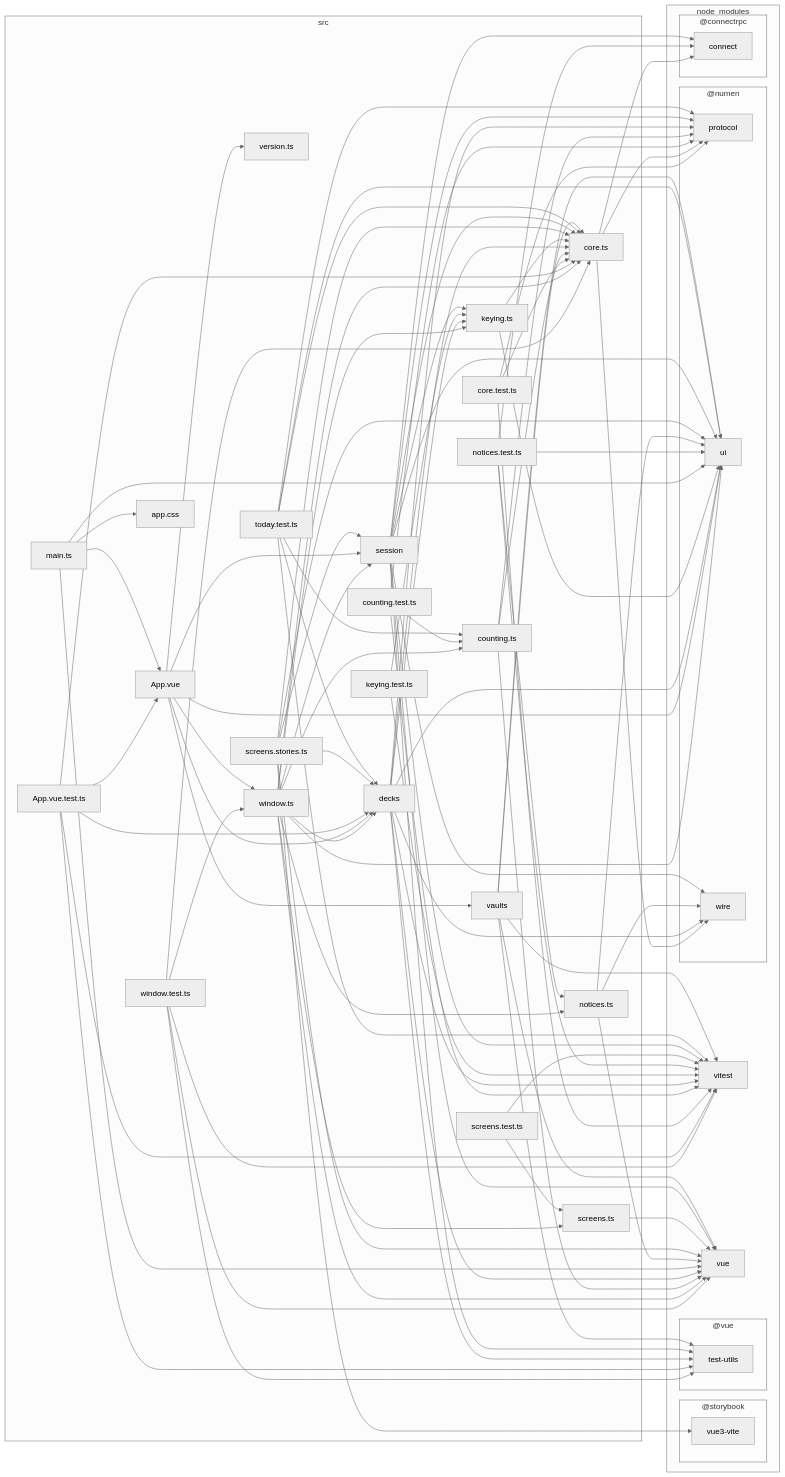
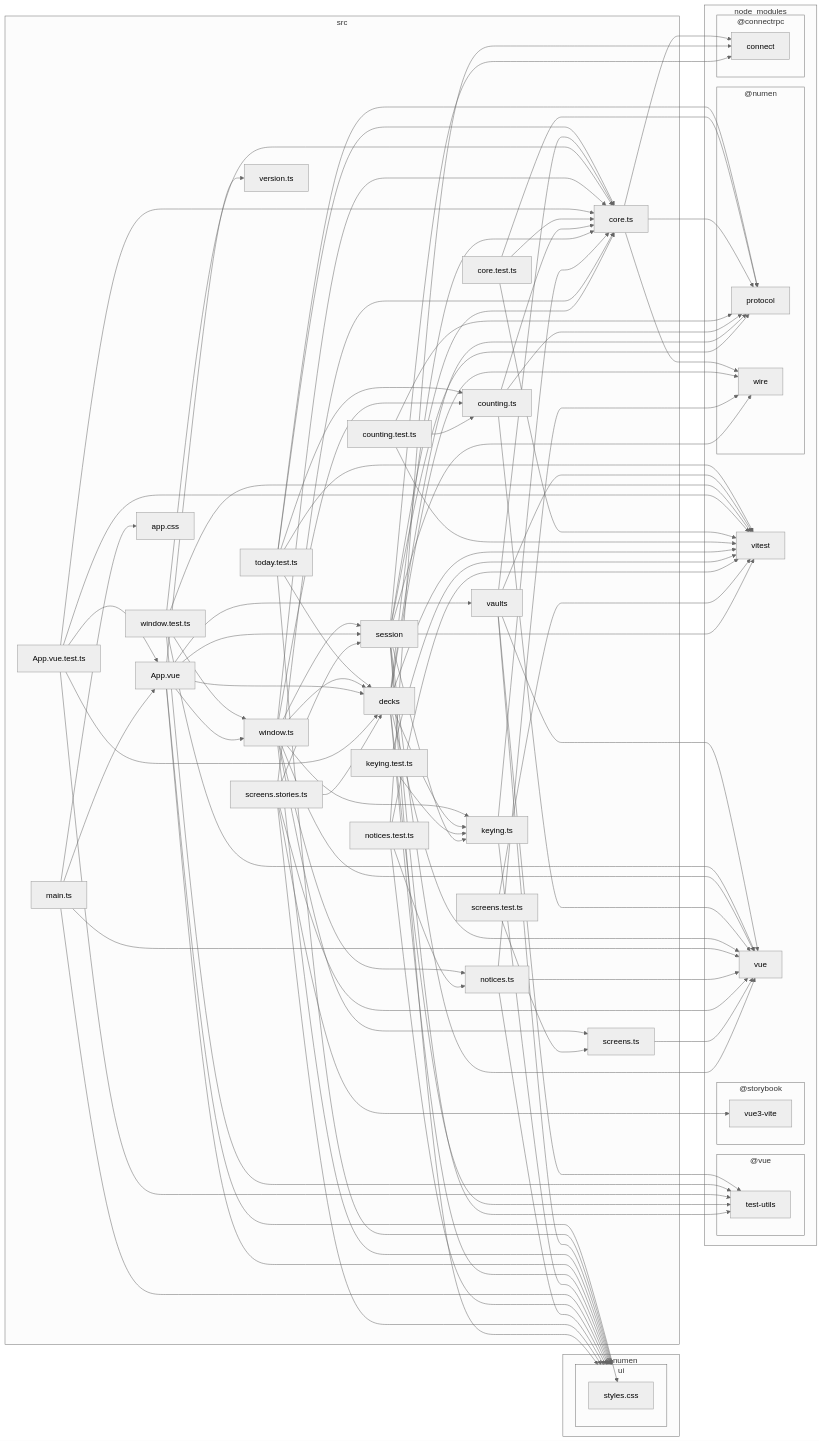
Before and after one commit to jiva-studio/numen: the fourth of 5 diagrams in docs/dependencies.md, drawn with Mermaid (neutral theme). The commit also changed other lines of this file, not shown here.

````diff
--- a/docs/dependencies.md
+++ b/docs/dependencies.md
@@ -786,129 +793,134 @@
 end
 subgraph 6["@numen"]
 7["protocol"]
-8["ui"]
-9["wire"]
+8["wire"]
 end
-subgraph A["@storybook"]
-B["vue3-vite"]
+subgraph 9["@storybook"]
+A["vue3-vite"]
 end
-subgraph C["@vue"]
-D["test-utils"]
+subgraph B["@vue"]
+C["test-utils"]
 end
-E["vitest"]
-F["vue"]
+D["vitest"]
+E["vue"]
 end
-subgraph G["src"]
-H["App.vue"]
-I["App.vue.test.ts"]
-J["app.css"]
-K["core.test.ts"]
-L["core.ts"]
-M["counting.test.ts"]
-N["counting.ts"]
-O["decks"]
-P["keying.test.ts"]
-Q["keying.ts"]
-R["main.ts"]
-S["notices.test.ts"]
-T["notices.ts"]
-U["screens.stories.ts"]
-V["screens.test.ts"]
-W["screens.ts"]
-X["session"]
-Y["today.test.ts"]
-Z["vaults"]
-10["version.ts"]
-11["window.test.ts"]
-12["window.ts"]
+subgraph F["@numen"]
+subgraph G["ui"]
+H["styles.css"]
 end
-11-->12
+end
+subgraph I["src"]
+J["App.vue"]
+K["App.vue.test.ts"]
+L["app.css"]
+M["core.test.ts"]
+N["core.ts"]
+O["counting.test.ts"]
+P["counting.ts"]
+Q["decks"]
+R["keying.test.ts"]
+S["keying.ts"]
+T["main.ts"]
+U["notices.test.ts"]
+V["notices.ts"]
+W["screens.stories.ts"]
+X["screens.test.ts"]
+Y["screens.ts"]
+Z["session"]
+10["today.test.ts"]
+11["vaults"]
+12["version.ts"]
+13["window.test.ts"]
+14["window.ts"]
+end
+10-->7
+10-->D
+10-->G
+10-->N
+10-->P
+10-->Q
+11-->C
 11-->D
 11-->E
-11-->F
-11-->L
-12-->8
-12-->F
-12-->L
-12-->N
-12-->O
-12-->Q
-12-->T
-12-->W
-12-->X
-H-->10
-H-->12
-H-->8
-H-->O
-H-->X
-H-->Z
-I-->D
-I-->E
-I-->H
-I-->L
-I-->O
-K-->7
-K-->E
-K-->L
-L-->5
-L-->7
-L-->9
+11-->G
+11-->N
+13-->14
+13-->C
+13-->D
+13-->E
+13-->N
+14-->E
+14-->G
+14-->N
+14-->P
+14-->Q
+14-->S
+14-->V
+14-->Y
+14-->Z
+J-->11
+J-->12
+J-->14
+J-->G
+J-->H
+J-->Q
+J-->Z
+K-->C
+K-->D
+K-->J
+K-->N
+K-->Q
 M-->7
-M-->E
+M-->D
 M-->N
+N-->5
 N-->7
-N-->F
-N-->L
+N-->8
 O-->7
-O-->8
-O-->9
 O-->D
-O-->E
-O-->F
-O-->L
-O-->Q
+O-->P
+P-->7
 P-->E
-P-->Q
+P-->N
+Q-->7
 Q-->8
-Q-->L
-R-->8
-R-->F
-R-->H
-R-->J
-S-->5
-S-->8
-S-->E
-S-->T
-T-->8
-T-->9
-T-->F
-U-->8
-U-->B
-U-->F
-U-->L
-U-->O
-U-->X
+Q-->C
+Q-->D
+Q-->E
+Q-->G
+Q-->N
+Q-->S
+R-->D
+R-->S
+S-->G
+S-->N
+T-->E
+T-->G
+T-->J
+T-->L
+U-->5
+U-->D
+U-->G
+U-->V
+V-->8
 V-->E
-V-->W
-W-->F
-X-->5
-X-->7
-X-->8
-X-->9
+V-->G
+W-->A
+W-->E
+W-->G
+W-->N
+W-->Q
+W-->Z
 X-->D
-X-->E
-X-->F
-X-->L
-X-->Q
-Y-->7
-Y-->8
+X-->Y
 Y-->E
-Y-->L
-Y-->N
-Y-->O
+Z-->5
+Z-->7
 Z-->8
+Z-->C
 Z-->D
 Z-->E
-Z-->F
-Z-->L
+Z-->G
+Z-->N
+Z-->S
 ```
````
